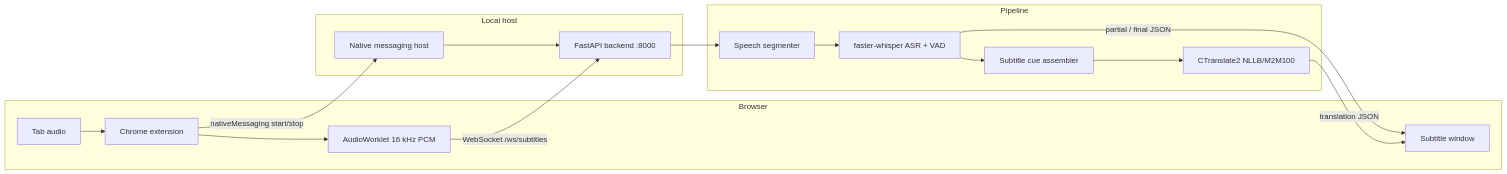
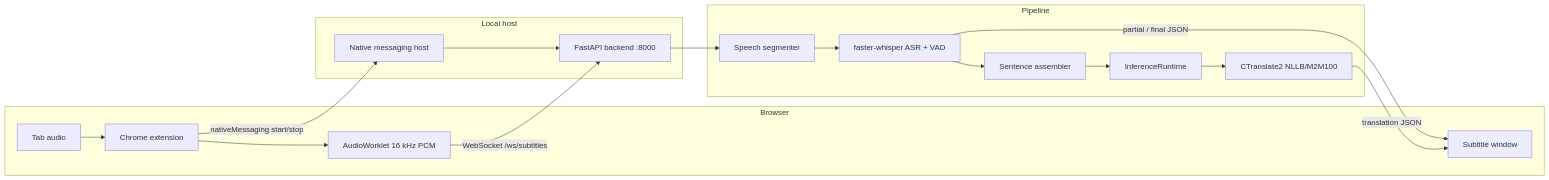
Before and after one commit to oplt/whisperdutch: the diagram in README.md, drawn with Mermaid. The commit also changed other lines of this file and 68 other files, not shown here.

````diff
--- a/README.md
+++ b/README.md
@@ -64,30 +65,31 @@
 ```mermaid
 flowchart LR
     subgraph Browser
         A[Tab audio]
         B[Chrome extension]
         C[AudioWorklet 16 kHz PCM]
         D[Subtitle window]
     end
 
     subgraph Local host
         E[Native messaging host]
         F[FastAPI backend :8000]
     end
 
     subgraph Pipeline
         G[Speech segmenter]
         H[faster-whisper ASR + VAD]
-        I[Subtitle cue assembler]
-        J[CTranslate2 NLLB/M2M100]
+        I[Sentence assembler]
+        J[InferenceRuntime]
+        K[CTranslate2 NLLB/M2M100]
     end
 
     A --> B
     B --> C
     C -->|WebSocket /ws/subtitles| F
     B -->|nativeMessaging start/stop| E
     E --> F
-    F --> G --> H --> I --> J
+    F --> G --> H --> I --> J --> K
     H -->|partial / final JSON| D
-    J -->|translation JSON| D
+    K -->|translation JSON| D
 ```
````
